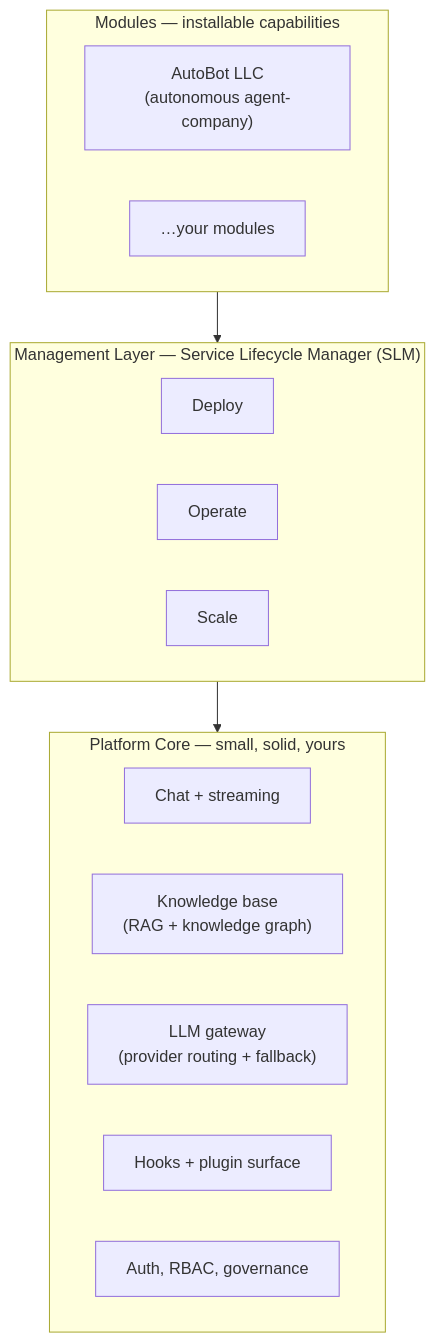
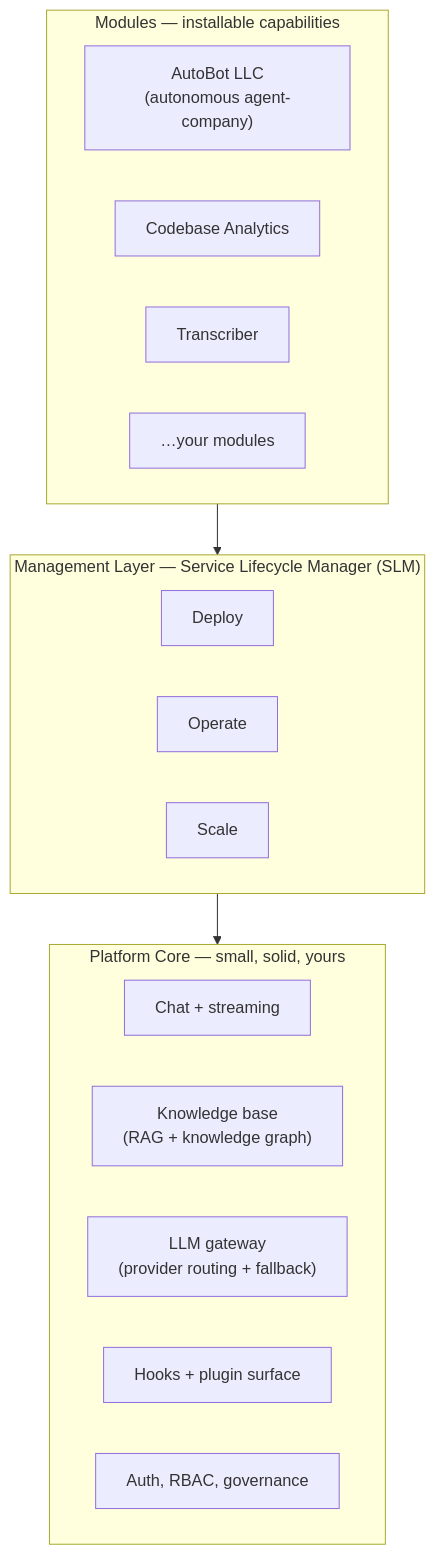
Before and after one commit to mrveiss/AutoBot-AI: the diagram in docs/architecture/PLATFORM_MODEL.md, drawn with Mermaid. The commit also changed other lines of this file and 1 other file, not shown here.

First line of the commit message:
docs(modules): present Codebase Analytics, Transcriber, and LLC as modules

````diff
--- a/docs/architecture/PLATFORM_MODEL.md
+++ b/docs/architecture/PLATFORM_MODEL.md
@@ -35,22 +35,24 @@
 ```mermaid
 graph TB
     subgraph Modules["Modules — installable capabilities"]
         LLC["AutoBot LLC<br/>(autonomous agent-company)"]
+        Analytics["Codebase Analytics"]
+        Transcriber["Transcriber"]
         More["…your modules"]
     end
     subgraph SLM["Management Layer — Service Lifecycle Manager (SLM)"]
         Deploy["Deploy"]
         Operate["Operate"]
         Scale["Scale"]
     end
     subgraph Core["Platform Core — small, solid, yours"]
         Chat["Chat + streaming"]
         KB["Knowledge base<br/>(RAG + knowledge graph)"]
         Gateway["LLM gateway<br/>(provider routing + fallback)"]
         Hooks["Hooks + plugin surface"]
         Gov["Auth, RBAC, governance"]
     end
 
     Modules --> SLM
     SLM --> Core
 ```
````
